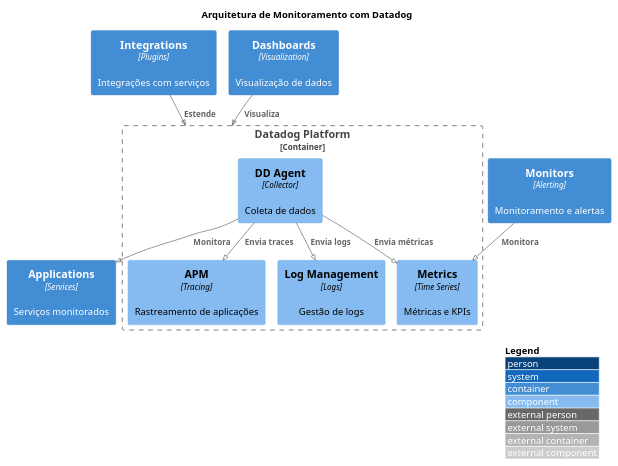
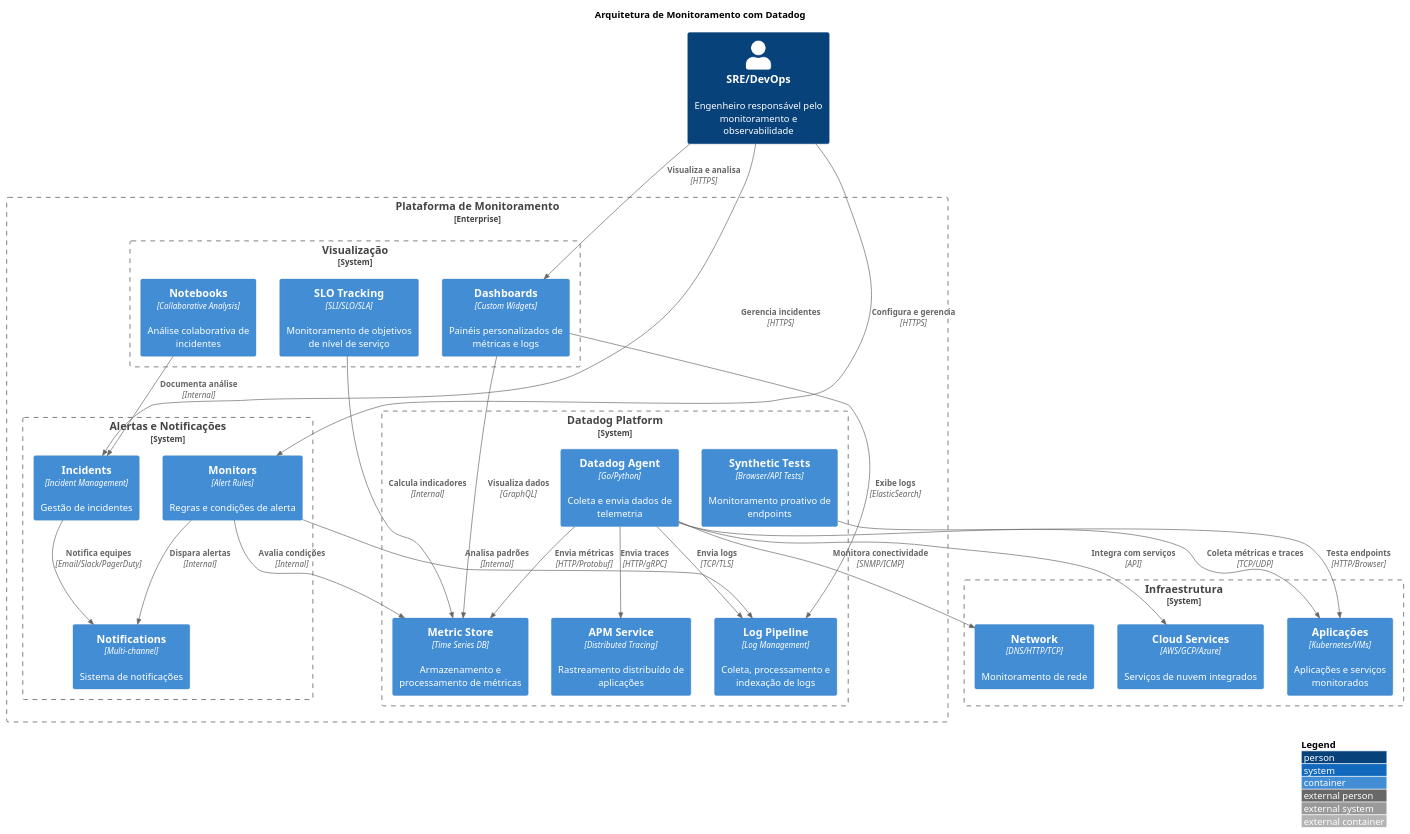
The diagram in diagrams/adr-053-datadog-monitoring.puml (tiagonpsilva/architecture-decision-records), drawn with PlantUML before and after one commit. The commit also changed 30 other files, not shown here.

Commit message:
feat: atualização dos diagramas C4 e adição de novos ADRs (Redis, AWS, ElasticSearch, ArgoCD, Datadog)

```diff
--- a/diagrams/adr-053-datadog-monitoring.puml
+++ b/diagrams/adr-053-datadog-monitoring.puml
@@ -1,32 +1,62 @@
 @startuml
-!pragma layout smetana
-' version 1.2023.7
-!include C4_Container.puml
-
-!include https://raw.githubusercontent.com/plantuml-stdlib/C4-PlantUML/master/C4_Component.puml
+!include https://raw.githubusercontent.com/plantuml-stdlib/C4-PlantUML/master/C4_Container.puml
 
 LAYOUT_WITH_LEGEND()
 
 title Arquitetura de Monitoramento com Datadog
 
-Container_Boundary(datadog, "Datadog Platform") {
-    Component(agent, "DD Agent", "Collector", "Coleta de dados")
-    Component(apm, "APM", "Tracing", "Rastreamento de aplicações")
-    Component(logs, "Log Management", "Logs", "Gestão de logs")
-    Component(metrics, "Metrics", "Time Series", "Métricas e KPIs")
+Person(sre, "SRE/DevOps", "Engenheiro responsável pelo monitoramento e observabilidade")
+
+Enterprise_Boundary(monitoring, "Plataforma de Monitoramento") {
+    System_Boundary(datadog, "Datadog Platform") {
+        Container(agent, "Datadog Agent", "Go/Python", "Coleta e envia dados de telemetria")
+        Container(apm, "APM Service", "Distributed Tracing", "Rastreamento distribuído de aplicações")
+        Container(logs, "Log Pipeline", "Log Management", "Coleta, processamento e indexação de logs")
+        Container(metrics, "Metric Store", "Time Series DB", "Armazenamento e processamento de métricas")
+        Container(synthetics, "Synthetic Tests", "Browser/API Tests", "Monitoramento proativo de endpoints")
+    }
+
+    System_Boundary(visualization, "Visualização") {
+        Container(dashboards, "Dashboards", "Custom Widgets", "Painéis personalizados de métricas e logs")
+        Container(notebooks, "Notebooks", "Collaborative Analysis", "Análise colaborativa de incidentes")
+        Container(slos, "SLO Tracking", "SLI/SLO/SLA", "Monitoramento de objetivos de nível de serviço")
+    }
+
+    System_Boundary(alerting, "Alertas e Notificações") {
+        Container(monitors, "Monitors", "Alert Rules", "Regras e condições de alerta")
+        Container(incidents, "Incidents", "Incident Management", "Gestão de incidentes")
+        Container(notifications, "Notifications", "Multi-channel", "Sistema de notificações")
+    }
 }
 
-Container(integrations, "Integrations", "Plugins", "Integrações com serviços")
-Container(alerts, "Monitors", "Alerting", "Monitoramento e alertas")
-Container(dashboard, "Dashboards", "Visualization", "Visualização de dados")
-Container(apps, "Applications", "Services", "Serviços monitorados")
+System_Boundary(infrastructure, "Infraestrutura") {
+    Container(apps, "Aplicações", "Kubernetes/VMs", "Aplicações e serviços monitorados")
+    Container(cloud, "Cloud Services", "AWS/GCP/Azure", "Serviços de nuvem integrados")
+    Container(network, "Network", "DNS/HTTP/TCP", "Monitoramento de rede")
+}
 
-Rel(agent, apps, "Monitora")
-Rel(agent, apm, "Envia traces")
-Rel(agent, logs, "Envia logs")
-Rel(agent, metrics, "Envia métricas")
-Rel(integrations, datadog, "Estende")
-Rel(alerts, metrics, "Monitora")
-Rel(dashboard, datadog, "Visualiza")
+Rel(sre, dashboards, "Visualiza e analisa", "HTTPS")
+Rel(sre, monitors, "Configura e gerencia", "HTTPS")
+Rel(sre, incidents, "Gerencia incidentes", "HTTPS")
+
+Rel(agent, apps, "Coleta métricas e traces", "TCP/UDP")
+Rel(agent, cloud, "Integra com serviços", "API")
+Rel(agent, network, "Monitora conectividade", "SNMP/ICMP")
+
+Rel(agent, apm, "Envia traces", "HTTP/gRPC")
+Rel(agent, logs, "Envia logs", "TCP/TLS")
+Rel(agent, metrics, "Envia métricas", "HTTP/Protobuf")
+Rel(synthetics, apps, "Testa endpoints", "HTTP/Browser")
+
+Rel(monitors, metrics, "Avalia condições", "Internal")
+Rel(monitors, logs, "Analisa padrões", "Internal")
+Rel(monitors, notifications, "Dispara alertas", "Internal")
+
+Rel(dashboards, metrics, "Visualiza dados", "GraphQL")
+Rel(dashboards, logs, "Exibe logs", "ElasticSearch")
+Rel(notebooks, incidents, "Documenta análise", "Internal")
+Rel(slos, metrics, "Calcula indicadores", "Internal")
+
+Rel(incidents, notifications, "Notifica equipes", "Email/Slack/PagerDuty")
 
 @enduml 
```
